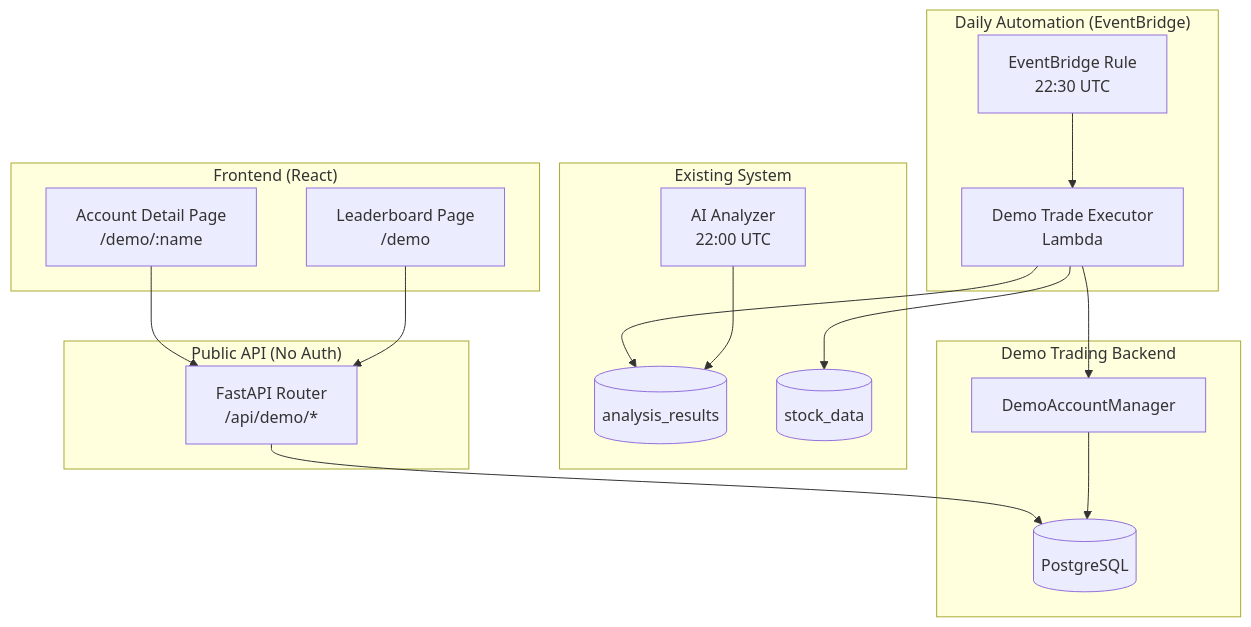
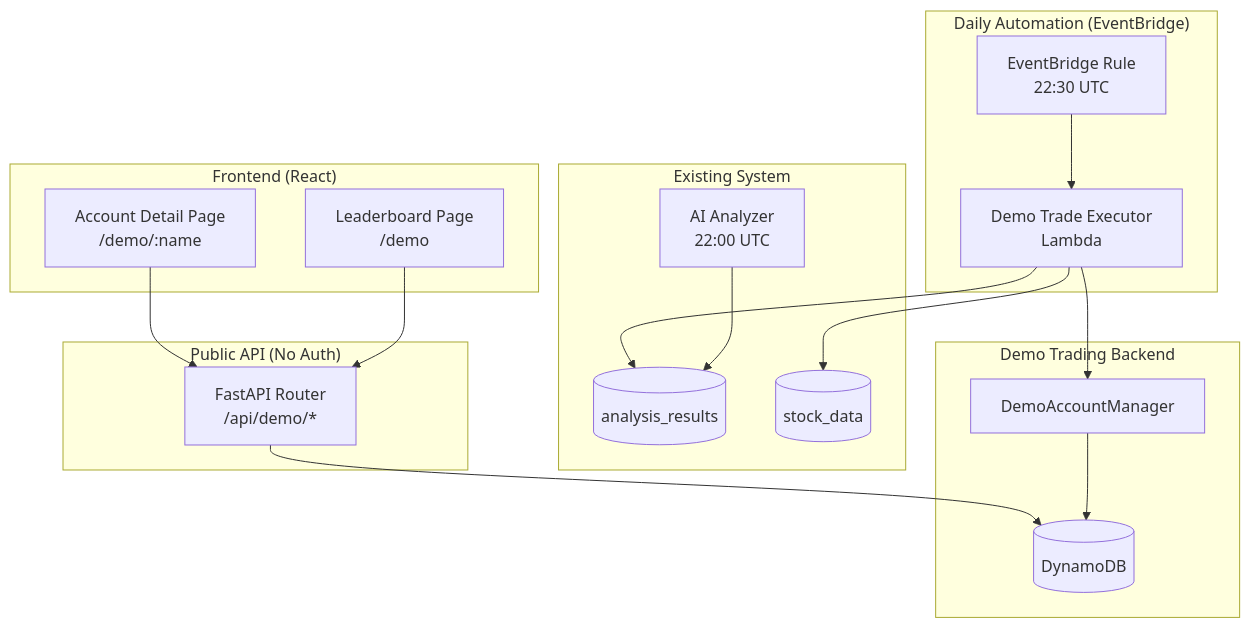
The diagram in .kiro/specs/demo-trading-accounts/design.md (csenkey/stockara), drawn with Mermaid before and after one commit. The commit also changed other lines of this file and 40 other files, not shown here.

````diff
--- a/.kiro/specs/demo-trading-accounts/design.md
+++ b/.kiro/specs/demo-trading-accounts/design.md
@@ -11,30 +11,30 @@
 ```mermaid
 graph TB
     subgraph "Daily Automation (EventBridge)"
         EB[EventBridge Rule<br/>22:30 UTC] --> DTE[Demo Trade Executor<br/>Lambda]
     end
 
     subgraph "Existing System"
         AI[AI Analyzer<br/>22:00 UTC] --> AR[(analysis_results)]
         SD[(stock_data)]
     end
 
     subgraph "Demo Trading Backend"
         DTE --> DAM[DemoAccountManager]
-        DAM --> DB[(PostgreSQL)]
+        DAM --> DB[(DynamoDB)]
         DTE --> AR
         DTE --> SD
     end
 
     subgraph "Public API (No Auth)"
         API[FastAPI Router<br/>/api/demo/*]
         API --> DB
     end
 
     subgraph "Frontend (React)"
         LB[Leaderboard Page<br/>/demo]
         AD[Account Detail Page<br/>/demo/:name]
         LB --> API
         AD --> API
     end
 ```
````
